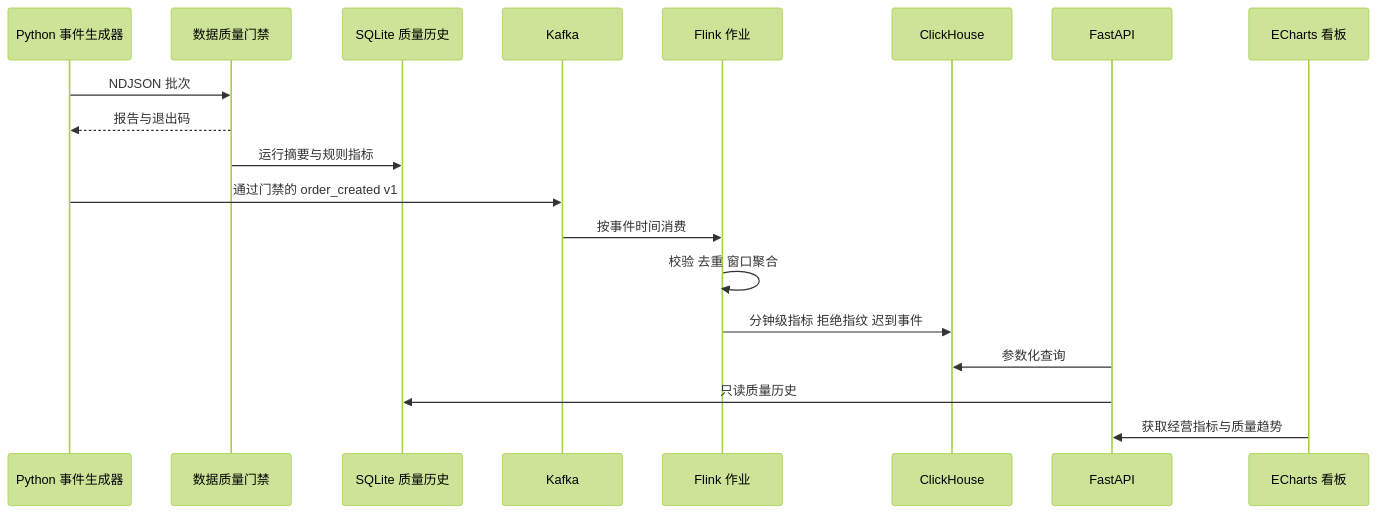
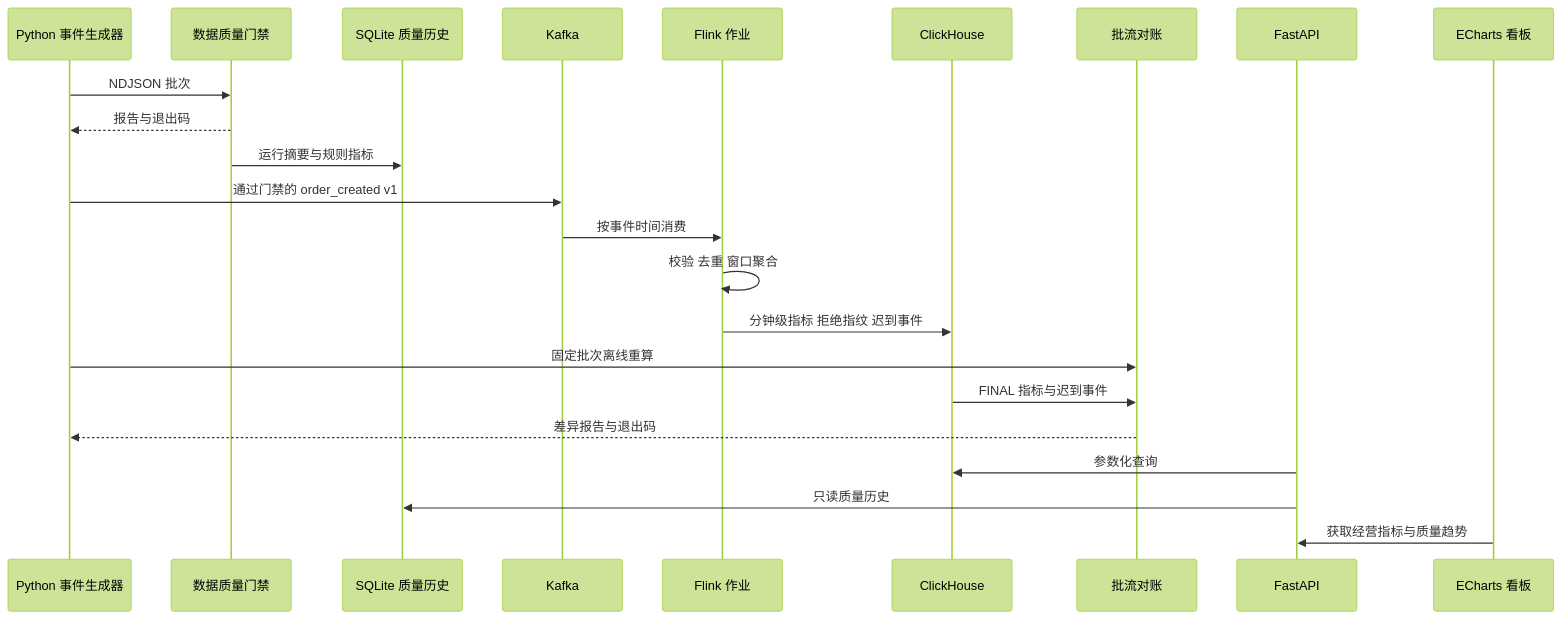
The diagram in docs/architecture.md (ZliY221/Real-time-data-warehouse-and-business-analysis-platform-for-e-commerce), drawn with Mermaid (forest theme) before and after one commit. The commit also changed other lines of this file and 15 other files, not shown here.

````diff
--- a/docs/architecture.md
+++ b/docs/architecture.md
@@ -9,22 +9,26 @@
 ```mermaid
 sequenceDiagram
     participant Generator as Python 事件生成器
     participant Quality as 数据质量门禁
     participant History as SQLite 质量历史
     participant Kafka as Kafka
     participant Flink as Flink 作业
     participant Store as ClickHouse
+    participant Reconcile as 批流对账
     participant API as FastAPI
     participant Dashboard as ECharts 看板
 
     Generator->>Quality: NDJSON 批次
     Quality-->>Generator: 报告与退出码
     Quality->>History: 运行摘要与规则指标
     Generator->>Kafka: 通过门禁的 order_created v1
     Kafka->>Flink: 按事件时间消费
     Flink->>Flink: 校验 去重 窗口聚合
     Flink->>Store: 分钟级指标 拒绝指纹 迟到事件
+    Generator->>Reconcile: 固定批次离线重算
+    Store->>Reconcile: FINAL 指标与迟到事件
+    Reconcile-->>Generator: 差异报告与退出码
     API->>Store: 参数化查询
     API->>History: 只读质量历史
     Dashboard->>API: 获取经营指标与质量趋势
 ```
````
